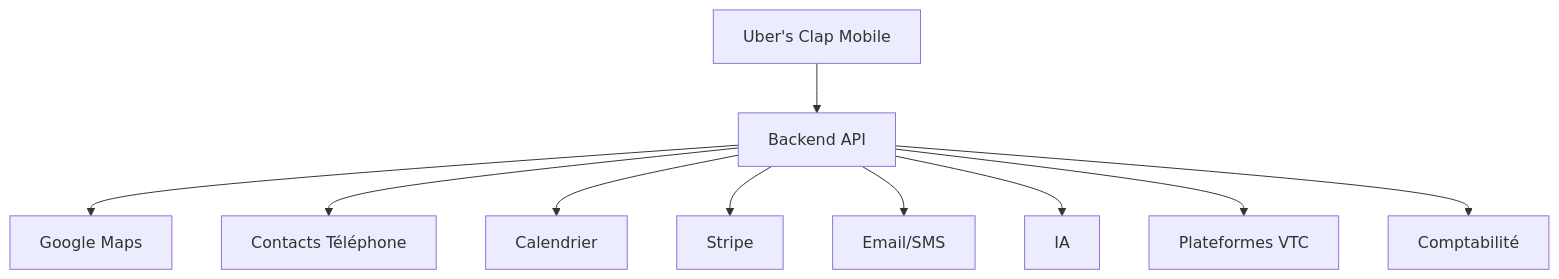
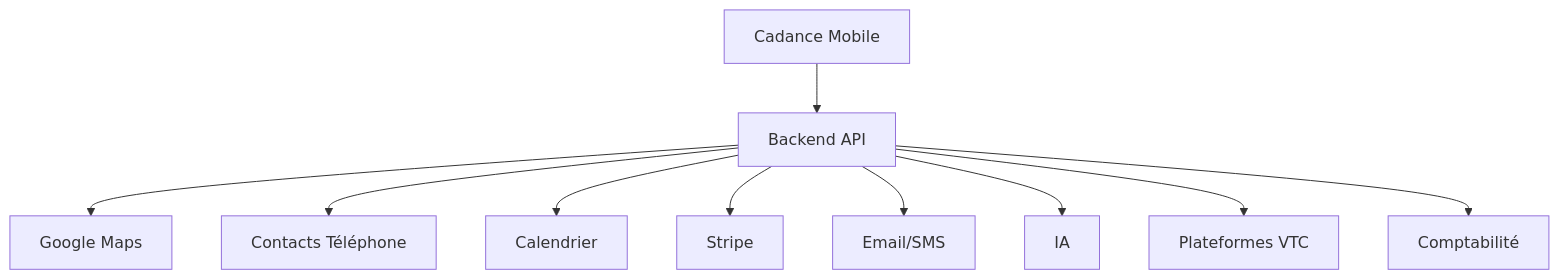
One commit to Cl3m3nt03/ubersclap changed the diagram in INTEGRATIONS.md. Above: the diagram before and after it, drawn with Mermaid. The commit also changed other lines of this file and 292 other files, not shown here.

````diff
--- a/INTEGRATIONS.md
+++ b/INTEGRATIONS.md
@@ -43,37 +43,37 @@
 ```mermaid
 flowchart TB
 
-A[Uber's Clap Mobile]
+A[Cadance Mobile]
 
 B[Backend API]
 
 
 C[Google Maps]
 
 D[Contacts Téléphone]
 
 E[Calendrier]
 
 F[Stripe]
 
 G[Email/SMS]
 
 H[IA]
 
 I[Plateformes VTC]
 
 J[Comptabilité]
 
 
 A --> B
 
 B --> C
 B --> D
 B --> E
 B --> F
 B --> G
 B --> H
 B --> I
 B --> J
 
 ```
````
